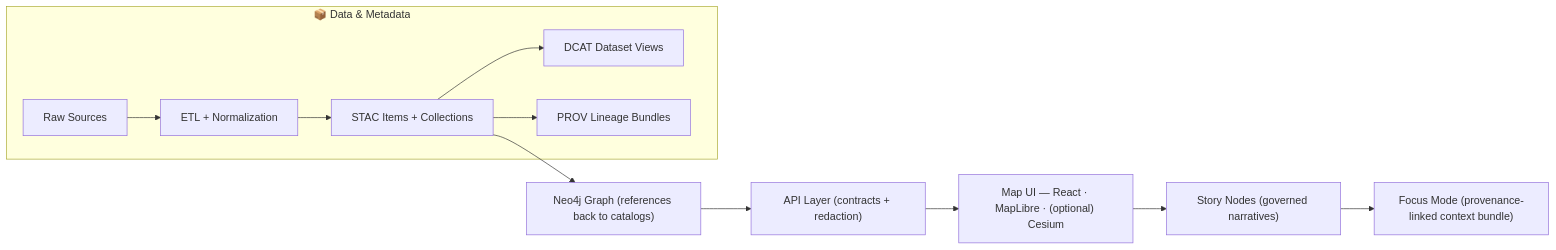
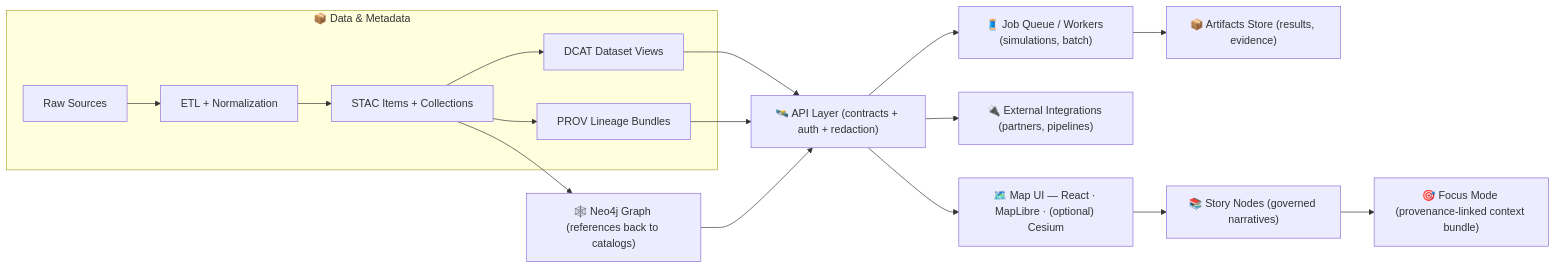
The second of 2 diagrams in api/src/README.md (bartytime4life/Kansas-Frontier-Matrix), drawn with Mermaid before and after one commit. The commit also changed other lines of this file, not shown here.

````diff
--- a/api/src/README.md
+++ b/api/src/README.md
@@ -44,15 +156,23 @@
 ```mermaid
 flowchart LR
   subgraph Data["📦 Data & Metadata"]
     A["Raw Sources"] --> B["ETL + Normalization"]
     B --> C["STAC Items + Collections"]
     C --> D["DCAT Dataset Views"]
     C --> E["PROV Lineage Bundles"]
   end
 
-  C --> G["Neo4j Graph (references back to catalogs)"]
-  G --> H["API Layer (contracts + redaction)"]
-  H --> I["Map UI — React · MapLibre · (optional) Cesium"]
-  I --> J["Story Nodes (governed narratives)"]
-  J --> K["Focus Mode (provenance-linked context bundle)"]
+  C --> G["🕸️ Neo4j Graph (references back to catalogs)"]
+  D --> H["🛰️ API Layer (contracts + auth + redaction)"]
+  E --> H
+  G --> H
+
+  H --> UI["🗺️ Map UI — React · MapLibre · (optional) Cesium"]
+  H --> Ext["🔌 External Integrations (partners, pipelines)"]
+
+  H --> Jobs["🧵 Job Queue / Workers (simulations, batch)"]
+  Jobs --> Artifacts["📦 Artifacts Store (results, evidence)"]
+
+  UI --> Story["📚 Story Nodes (governed narratives)"]
+  Story --> Focus["🎯 Focus Mode (provenance-linked context bundle)"]
 ```
````
